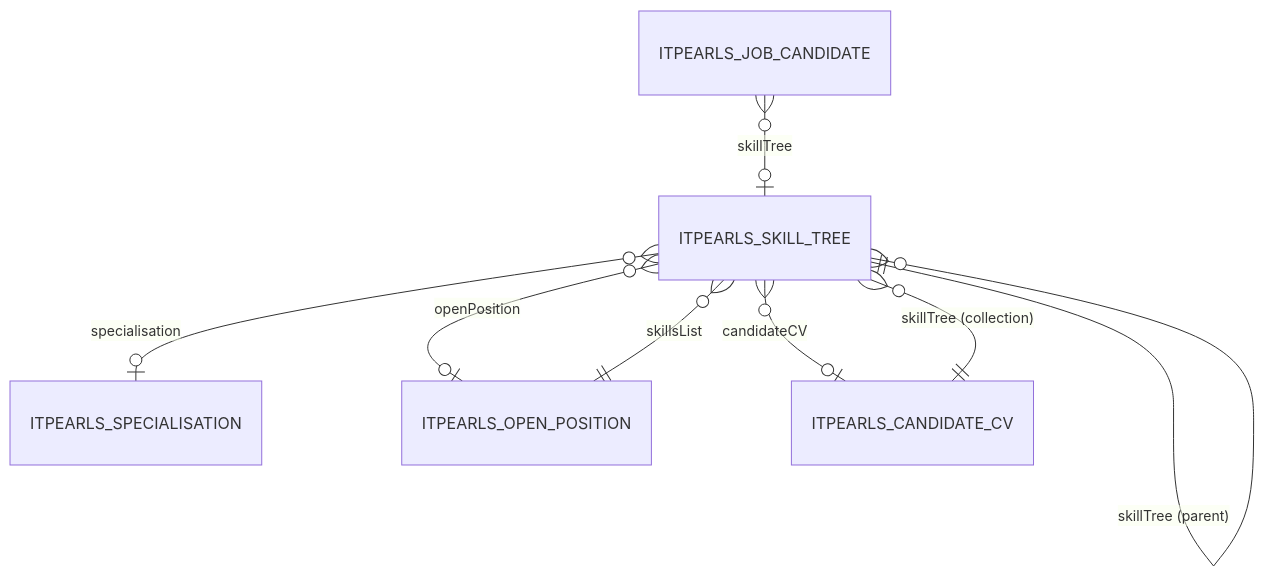
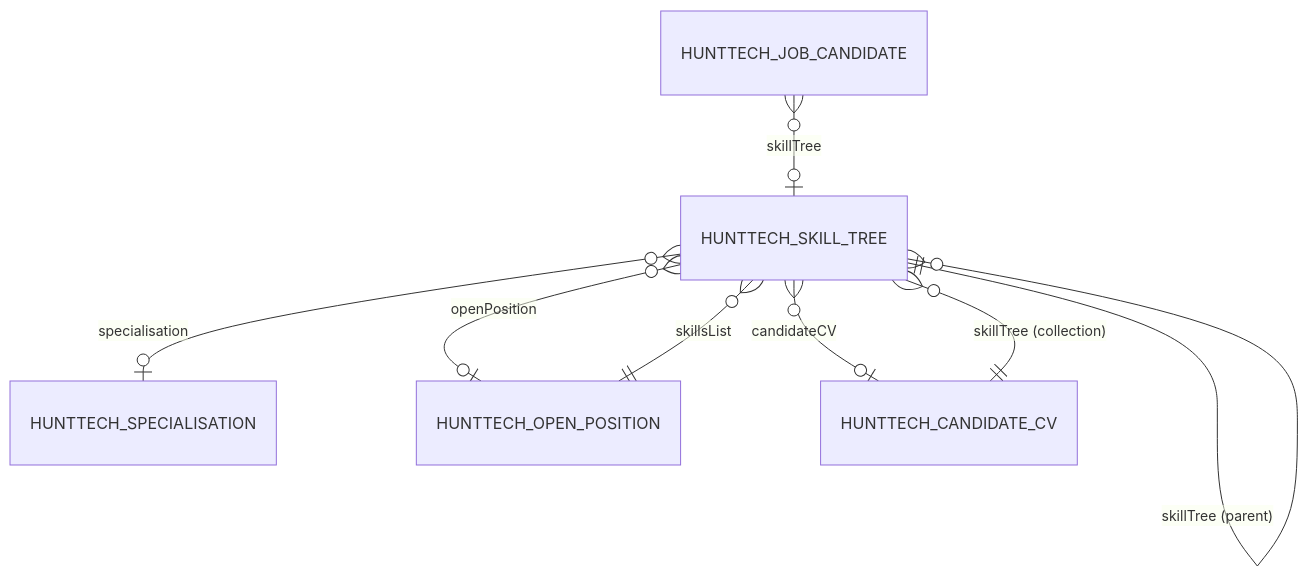
The diagram in docs/entities/SkillTree.md (aananyev/it-pearls-recruiting), drawn with Mermaid before and after one commit. The commit also changed other lines of this file and 2450 other files, not shown here.

````diff
--- a/docs/entities/SkillTree.md
+++ b/docs/entities/SkillTree.md
@@ -50,10 +50,10 @@
 ```mermaid
 erDiagram
-    ITPEARLS_SKILL_TREE ||--o{ ITPEARLS_SKILL_TREE : "skillTree (parent)"
-    ITPEARLS_SKILL_TREE }o--o| ITPEARLS_SPECIALISATION : "specialisation"
-    ITPEARLS_SKILL_TREE }o--o| ITPEARLS_OPEN_POSITION : "openPosition"
-    ITPEARLS_SKILL_TREE }o--o| ITPEARLS_CANDIDATE_CV : "candidateCV"
-    ITPEARLS_CANDIDATE_CV ||--o{ ITPEARLS_SKILL_TREE : "skillTree (collection)"
-    ITPEARLS_OPEN_POSITION ||--o{ ITPEARLS_SKILL_TREE : "skillsList"
-    ITPEARLS_JOB_CANDIDATE }o--o| ITPEARLS_SKILL_TREE : "skillTree"
+    HUNTTECH_SKILL_TREE ||--o{ HUNTTECH_SKILL_TREE : "skillTree (parent)"
+    HUNTTECH_SKILL_TREE }o--o| HUNTTECH_SPECIALISATION : "specialisation"
+    HUNTTECH_SKILL_TREE }o--o| HUNTTECH_OPEN_POSITION : "openPosition"
+    HUNTTECH_SKILL_TREE }o--o| HUNTTECH_CANDIDATE_CV : "candidateCV"
+    HUNTTECH_CANDIDATE_CV ||--o{ HUNTTECH_SKILL_TREE : "skillTree (collection)"
+    HUNTTECH_OPEN_POSITION ||--o{ HUNTTECH_SKILL_TREE : "skillsList"
+    HUNTTECH_JOB_CANDIDATE }o--o| HUNTTECH_SKILL_TREE : "skillTree"
 ```
````
